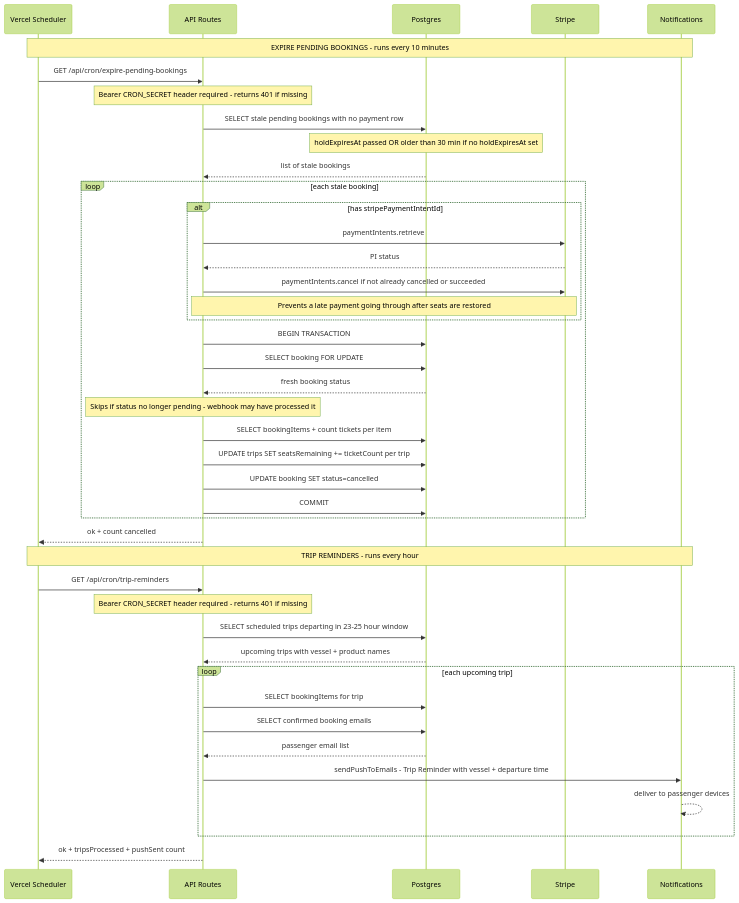
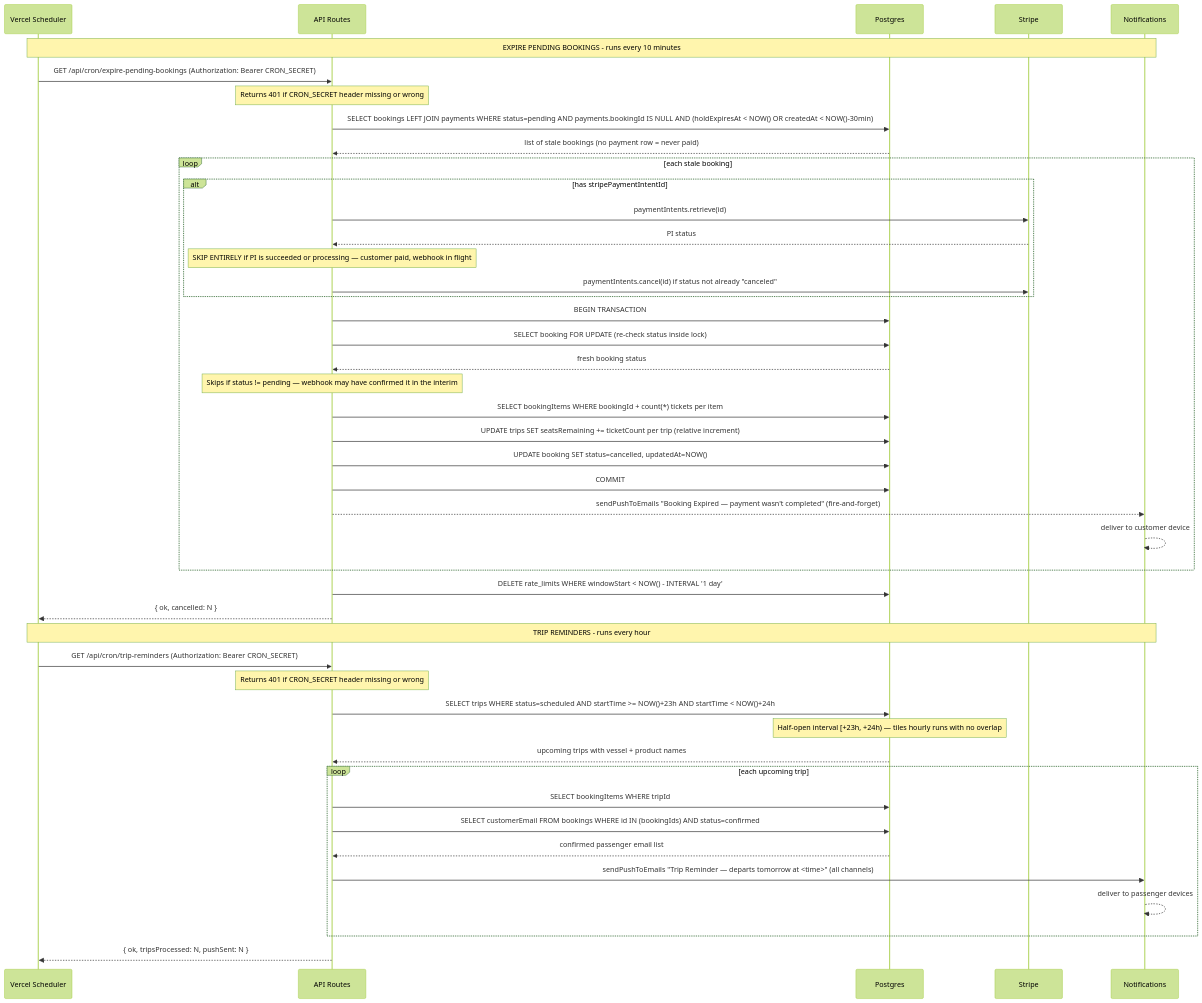
Before and after one commit to allonyaron/open-boat-fishing: the diagram in docs/cron-flows-sequence.md, drawn with Mermaid (forest theme). The commit also changed other lines of this file and 9 other files, not shown here.

````diff
--- a/docs/cron-flows-sequence.md
+++ b/docs/cron-flows-sequence.md
@@ -3,50 +3,53 @@
 ```mermaid
 sequenceDiagram
     participant V as Vercel Scheduler
     participant API as API Routes
     participant DB as Postgres
     participant S as Stripe
     participant N as Notifications
 
     Note over V,N: EXPIRE PENDING BOOKINGS - runs every 10 minutes
-    V->>API: GET /api/cron/expire-pending-bookings
-    Note over API: Bearer CRON_SECRET header required - returns 401 if missing
-    API->>DB: SELECT stale pending bookings with no payment row
-    Note over DB: holdExpiresAt passed OR older than 30 min if no holdExpiresAt set
-    DB-->>API: list of stale bookings
+    V->>API: GET /api/cron/expire-pending-bookings (Authorization: Bearer CRON_SECRET)
+    Note over API: Returns 401 if CRON_SECRET header missing or wrong
+    API->>DB: SELECT bookings LEFT JOIN payments WHERE status=pending AND payments.bookingId IS NULL AND (holdExpiresAt < NOW() OR createdAt < NOW()-30min)
+    DB-->>API: list of stale bookings (no payment row = never paid)
 
     loop each stale booking
         alt has stripePaymentIntentId
-            API->>S: paymentIntents.retrieve
+            API->>S: paymentIntents.retrieve(id)
             S-->>API: PI status
-            API->>S: paymentIntents.cancel if not already cancelled or succeeded
-            Note over API,S: Prevents a late payment going through after seats are restored
+            Note over API: SKIP ENTIRELY if PI is succeeded or processing — customer paid, webhook in flight
+            API->>S: paymentIntents.cancel(id) if status not already "canceled"
         end
         API->>DB: BEGIN TRANSACTION
-        API->>DB: SELECT booking FOR UPDATE
+        API->>DB: SELECT booking FOR UPDATE (re-check status inside lock)
         DB-->>API: fresh booking status
-        Note over API: Skips if status no longer pending - webhook may have processed it
-        API->>DB: SELECT bookingItems + count tickets per item
-        API->>DB: UPDATE trips SET seatsRemaining += ticketCount per trip
-        API->>DB: UPDATE booking SET status=cancelled
+        Note over API: Skips if status != pending — webhook may have confirmed it in the interim
+        API->>DB: SELECT bookingItems WHERE bookingId + count(*) tickets per item
+        API->>DB: UPDATE trips SET seatsRemaining += ticketCount per trip (relative increment)
+        API->>DB: UPDATE booking SET status=cancelled, updatedAt=NOW()
         API->>DB: COMMIT
+        API-->>N: sendPushToEmails "Booking Expired — payment wasn't completed" (fire-and-forget)
+        N-->>N: deliver to customer device
     end
 
-    API-->>V: ok + count cancelled
+    API->>DB: DELETE rate_limits WHERE windowStart < NOW() - INTERVAL '1 day'
+    API-->>V: { ok, cancelled: N }
 
     Note over V,N: TRIP REMINDERS - runs every hour
-    V->>API: GET /api/cron/trip-reminders
-    Note over API: Bearer CRON_SECRET header required - returns 401 if missing
-    API->>DB: SELECT scheduled trips departing in 23-25 hour window
+    V->>API: GET /api/cron/trip-reminders (Authorization: Bearer CRON_SECRET)
+    Note over API: Returns 401 if CRON_SECRET header missing or wrong
+    API->>DB: SELECT trips WHERE status=scheduled AND startTime >= NOW()+23h AND startTime < NOW()+24h
+    Note over DB: Half-open interval [+23h, +24h) — tiles hourly runs with no overlap
     DB-->>API: upcoming trips with vessel + product names
 
     loop each upcoming trip
-        API->>DB: SELECT bookingItems for trip
-        API->>DB: SELECT confirmed booking emails
-        DB-->>API: passenger email list
-        API->>N: sendPushToEmails - Trip Reminder with vessel + departure time
+        API->>DB: SELECT bookingItems WHERE tripId
+        API->>DB: SELECT customerEmail FROM bookings WHERE id IN (bookingIds) AND status=confirmed
+        DB-->>API: confirmed passenger email list
+        API->>N: sendPushToEmails "Trip Reminder — departs tomorrow at <time>" (all channels)
         N-->>N: deliver to passenger devices
     end
 
-    API-->>V: ok + tripsProcessed + pushSent count
+    API-->>V: { ok, tripsProcessed: N, pushSent: N }
 ```
````
